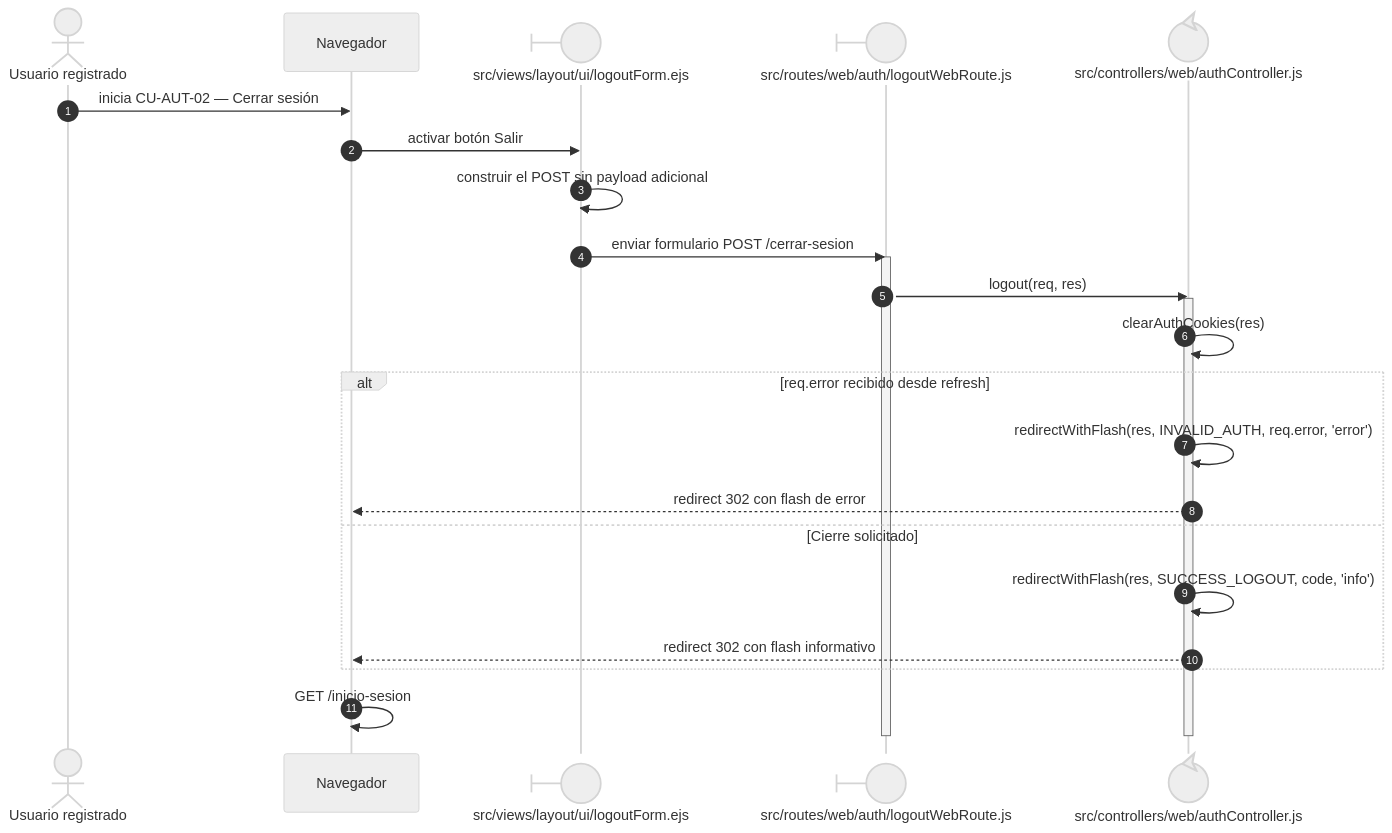
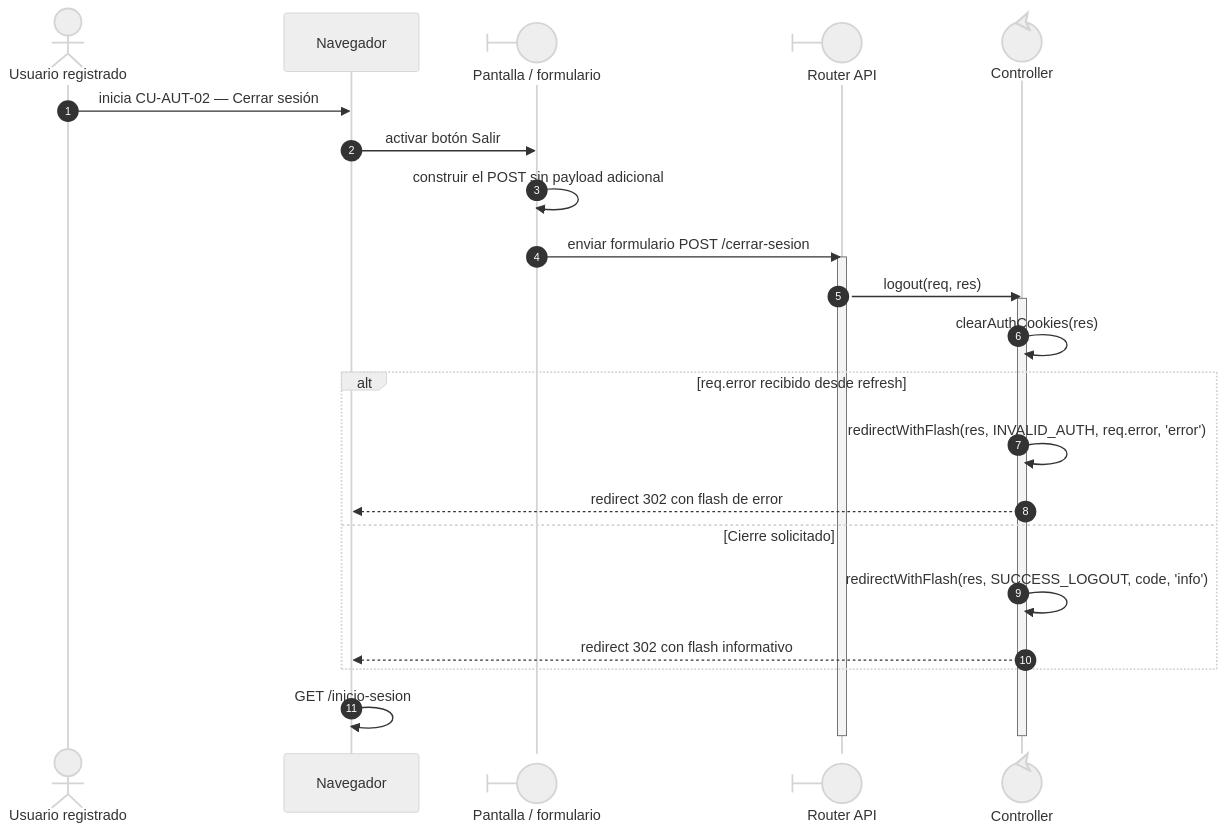
One commit to gpgsistemas01/nexus changed the diagram in docs/architecture/views/processes/frontend-code-sequences/authentication/cu-aut-02.md. Above: the diagram before and after it, drawn with Mermaid (neutral theme). The commit also changed other lines of this file and 216 other files, not shown here.

Commit message:
docs: align module detail and expand sequence notation and collaborations

````diff
--- a/docs/architecture/views/processes/frontend-code-sequences/authentication/cu-aut-02.md
+++ b/docs/architecture/views/processes/frontend-code-sequences/authentication/cu-aut-02.md
@@ -6,28 +21,28 @@
 ```mermaid
 sequenceDiagram
     autonumber
     actor Initiator as Usuario registrado
     participant Browser as Navegador
-    participant View@{ "type": "boundary" } as src/views/layout/ui/logoutForm.ejs
-    participant Route@{ "type": "boundary" } as src/routes/web/auth/logoutWebRoute.js
-    participant Controller@{ "type": "control" } as src/controllers/web/authController.js
+    participant View@{ "type": "boundary" } as Pantalla / formulario
+    participant Route@{ "type": "boundary" } as Router API
+    participant Controller@{ "type": "control" } as Controller
 
     Initiator->>Browser: inicia CU-AUT-02 — Cerrar sesión
     Browser->>View: activar botón Salir
     View->>View: construir el POST sin payload adicional
     View->>Route: enviar formulario POST /cerrar-sesion
     activate Route
     Route->>Controller: logout(req, res)
     activate Controller
     Controller->>Controller: clearAuthCookies(res)
     alt req.error recibido desde refresh
         Controller->>Controller: redirectWithFlash(res, INVALID_AUTH, req.error, 'error')
         Controller-->>Browser: redirect 302 con flash de error
     else Cierre solicitado
         Controller->>Controller: redirectWithFlash(res, SUCCESS_LOGOUT, code, 'info')
         Controller-->>Browser: redirect 302 con flash informativo
     end
     Browser->>Browser: GET /inicio-sesion
     deactivate Controller
     deactivate Route
 ```
````
